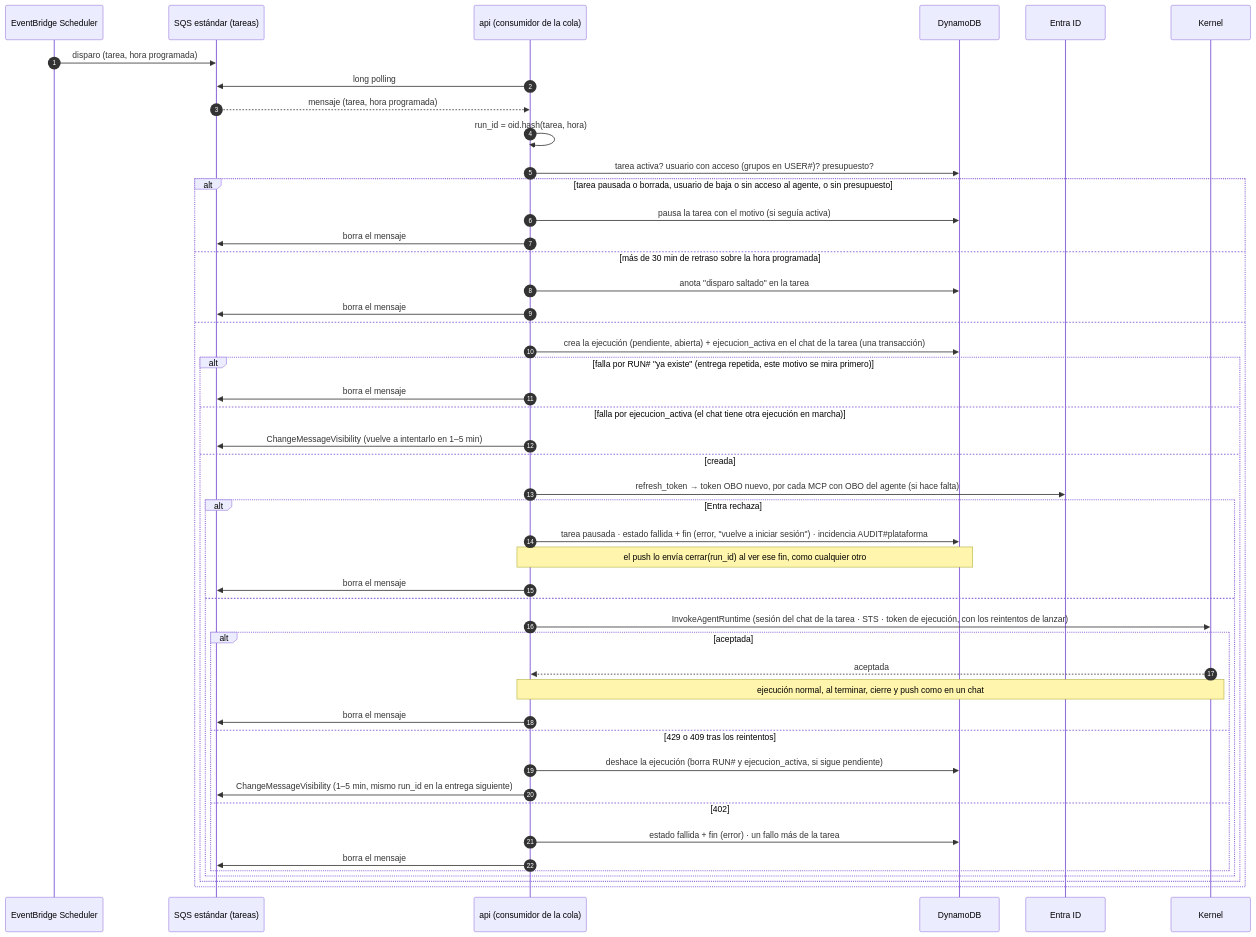
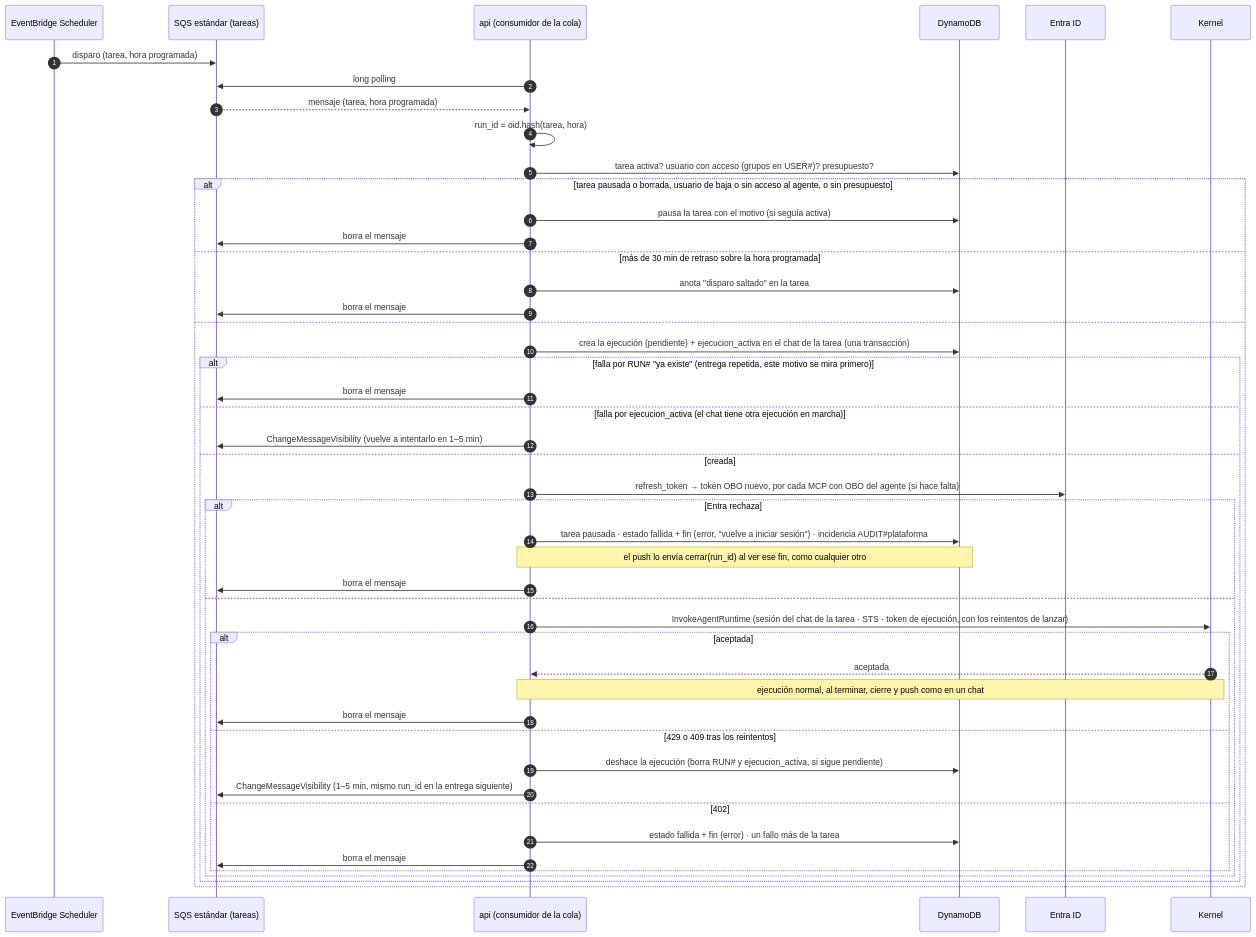
The ninth of 10 diagrams in docs/arquitectura-agentes.md (ikermendi/sample-agent-platform-with-agentcore), drawn with Mermaid before and after one commit. The commit also changed other lines of this file and 1 other file, not shown here.

````diff
--- a/docs/arquitectura-agentes.md
+++ b/docs/arquitectura-agentes.md
@@ -1226,50 +1226,50 @@
 ```mermaid
 sequenceDiagram
   autonumber
   participant S as EventBridge Scheduler
   participant Q as SQS estándar (tareas)
   participant API as api (consumidor de la cola)
   participant D as DynamoDB
   participant E as Entra ID
   participant K as Kernel
 
   S->>Q: disparo (tarea, hora programada)
   API->>Q: long polling
   Q-->>API: mensaje (tarea, hora programada)
   API->>API: run_id = oid.hash(tarea, hora)
   API->>D: tarea activa? usuario con acceso (grupos en USER#35;)? presupuesto?
   alt tarea pausada o borrada, usuario de baja o sin acceso al agente, o sin presupuesto
     API->>D: pausa la tarea con el motivo (si seguía activa)
     API->>Q: borra el mensaje
   else más de 30 min de retraso sobre la hora programada
     API->>D: anota "disparo saltado" en la tarea
     API->>Q: borra el mensaje
   else
-    API->>D: crea la ejecución (pendiente, abierta) + ejecucion_activa en el chat de la tarea (una transacción)
+    API->>D: crea la ejecución (pendiente) + ejecucion_activa en el chat de la tarea (una transacción)
     alt falla por RUN#35; "ya existe" (entrega repetida, este motivo se mira primero)
       API->>Q: borra el mensaje
     else falla por ejecucion_activa (el chat tiene otra ejecución en marcha)
       API->>Q: ChangeMessageVisibility (vuelve a intentarlo en 1–5 min)
     else creada
       API->>E: refresh_token → token OBO nuevo, por cada MCP con OBO del agente (si hace falta)
       alt Entra rechaza
         API->>D: tarea pausada · estado fallida + fin (error, "vuelve a iniciar sesión") · incidencia AUDIT#35;plataforma
         Note over API,D: el push lo envía cerrar(run_id) al ver ese fin, como cualquier otro
         API->>Q: borra el mensaje
       else
         API->>K: InvokeAgentRuntime (sesión del chat de la tarea · STS · token de ejecución, con los reintentos de lanzar)
         alt aceptada
           K-->>API: aceptada
           Note over API,K: ejecución normal, al terminar, cierre y push como en un chat
           API->>Q: borra el mensaje
         else 429 o 409 tras los reintentos
           API->>D: deshace la ejecución (borra RUN#35; y ejecucion_activa, si sigue pendiente)
           API->>Q: ChangeMessageVisibility (1–5 min, mismo run_id en la entrega siguiente)
         else 402
           API->>D: estado fallida + fin (error) · un fallo más de la tarea
           API->>Q: borra el mensaje
         end
       end
     end
   end
 ```
````
